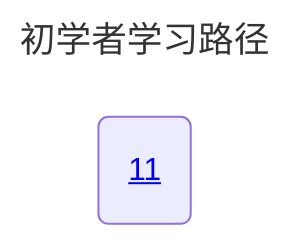
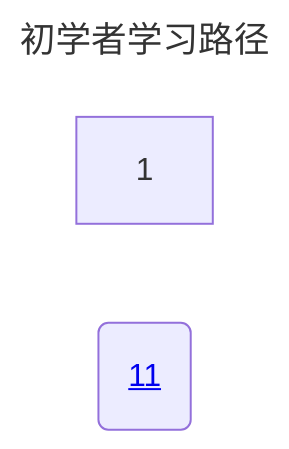
Before and after one commit to ICrazybabyI/note: the first of 3 diagrams in linux_note/README_linux.md, drawn with Mermaid.

Commit message:
vault backup: 2026-06-15 11:02:50

````diff
--- a/linux_note/README_linux.md
+++ b/linux_note/README_linux.md
@@ -11,12 +11,12 @@
 ```mermaid
 ---
 title:   初学者学习路径
 ---
 graph LR
 	git("<a href="git.md">11</a>")
 
 
 
 	
-
+1
 ```
````
